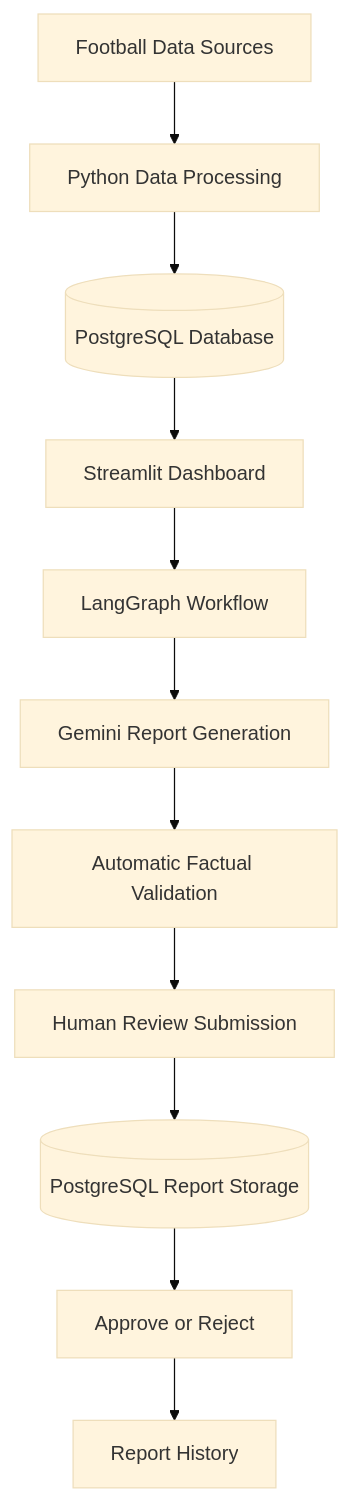
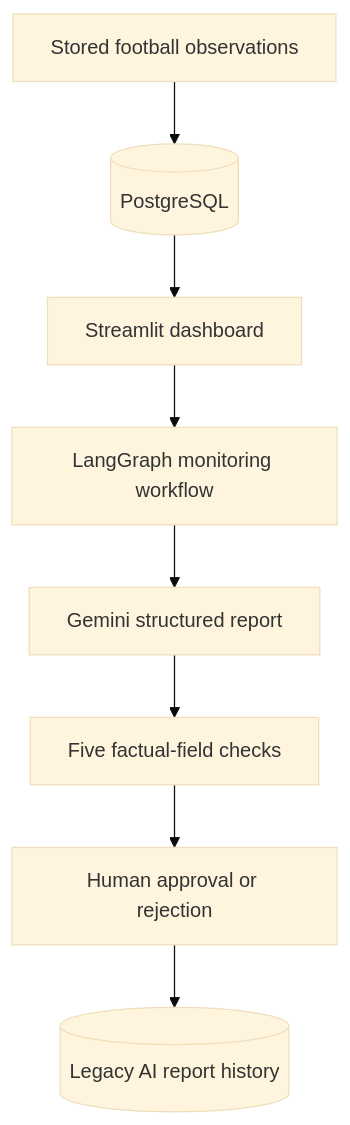
One commit to FerhatU9/ScoutMonitor-AI changed the first of 2 diagrams in docs/architecture.md. Above: the diagram before and after it, drawn with Mermaid (base theme). The commit also changed other lines of this file, not shown here.

````diff
--- a/docs/architecture.md
+++ b/docs/architecture.md
@@ -14,13 +24,10 @@
 ```mermaid
 flowchart TD
-    A[Football Data Sources] --> B[Python Data Processing]
-    B --> C[(PostgreSQL Database)]
-    C --> D[Streamlit Dashboard]
-    D --> E[LangGraph Workflow]
-    E --> F[Gemini Report Generation]
-    F --> G[Automatic Factual Validation]
-    G --> H[Human Review Submission]
-    H --> I[(PostgreSQL Report Storage)]
-    I --> J[Approve or Reject]
-    J --> K[Report History]
+    A[Stored football observations] --> B[(PostgreSQL)]
+    B --> C[Streamlit dashboard]
+    C --> D[LangGraph monitoring workflow]
+    D --> E[Gemini structured report]
+    E --> F[Five factual-field checks]
+    F --> G[Human approval or rejection]
+    G --> H[(Legacy AI report history)]
 ```
````
